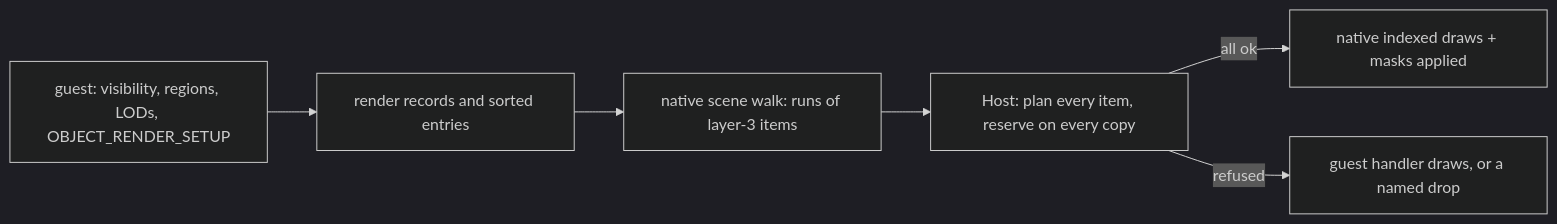
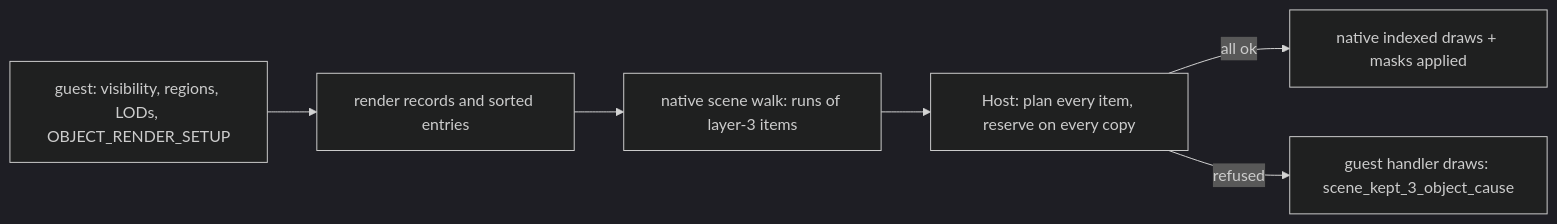
One commit to 0xdeafcafe/h2r changed the first of 2 diagrams in docs/graphics/native-objects.md. Above: the diagram before and after it, drawn with Mermaid (dark theme). The commit also changed other lines of this file and 10 other files, not shown here.

First line of the commit message:
Objects and lights the scene cannot take keep their guest draws

````diff
--- a/docs/graphics/native-objects.md
+++ b/docs/graphics/native-objects.md
@@ -15,8 +15,8 @@
 ```mermaid
 flowchart LR
   S[guest: visibility, regions, LODs, OBJECT_RENDER_SETUP] --> R[render records and sorted entries]
   R --> W[native scene walk: runs of layer-3 items]
   W --> H[Host: plan every item, reserve on every copy]
   H -- all ok --> D[native indexed draws + masks applied]
-  H -- refused --> G[guest handler draws, or a named drop]
+  H -- refused --> G[guest handler draws: scene_kept_3_object_cause]
 ```
````
